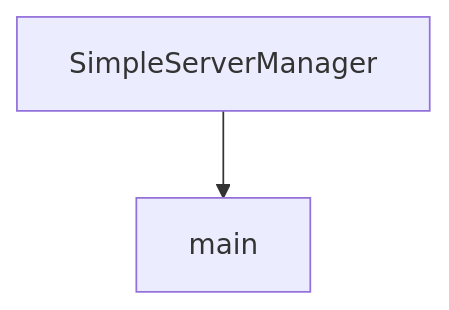
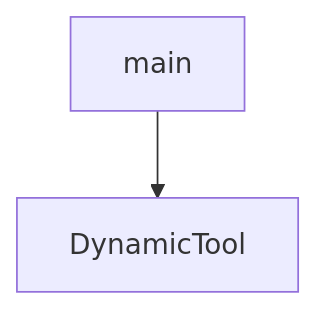
The diagram in tutorials/mcp-use-tutorial/05-python-server-framework-and-debug-endpoints.md (johnxie/awesome-code-docs), drawn with Mermaid before and after one commit. The commit also changed other lines of this file and 1232 other files, not shown here.

````diff
--- a/tutorials/mcp-use-tutorial/05-python-server-framework-and-debug-endpoints.md
+++ b/tutorials/mcp-use-tutorial/05-python-server-framework-and-debug-endpoints.md
@@ -131,6 +129,6 @@
 ```mermaid
 flowchart TD
-    A[SimpleServerManager]
-    B[main]
+    A[main]
+    B[DynamicTool]
     A --> B
 ```
````
